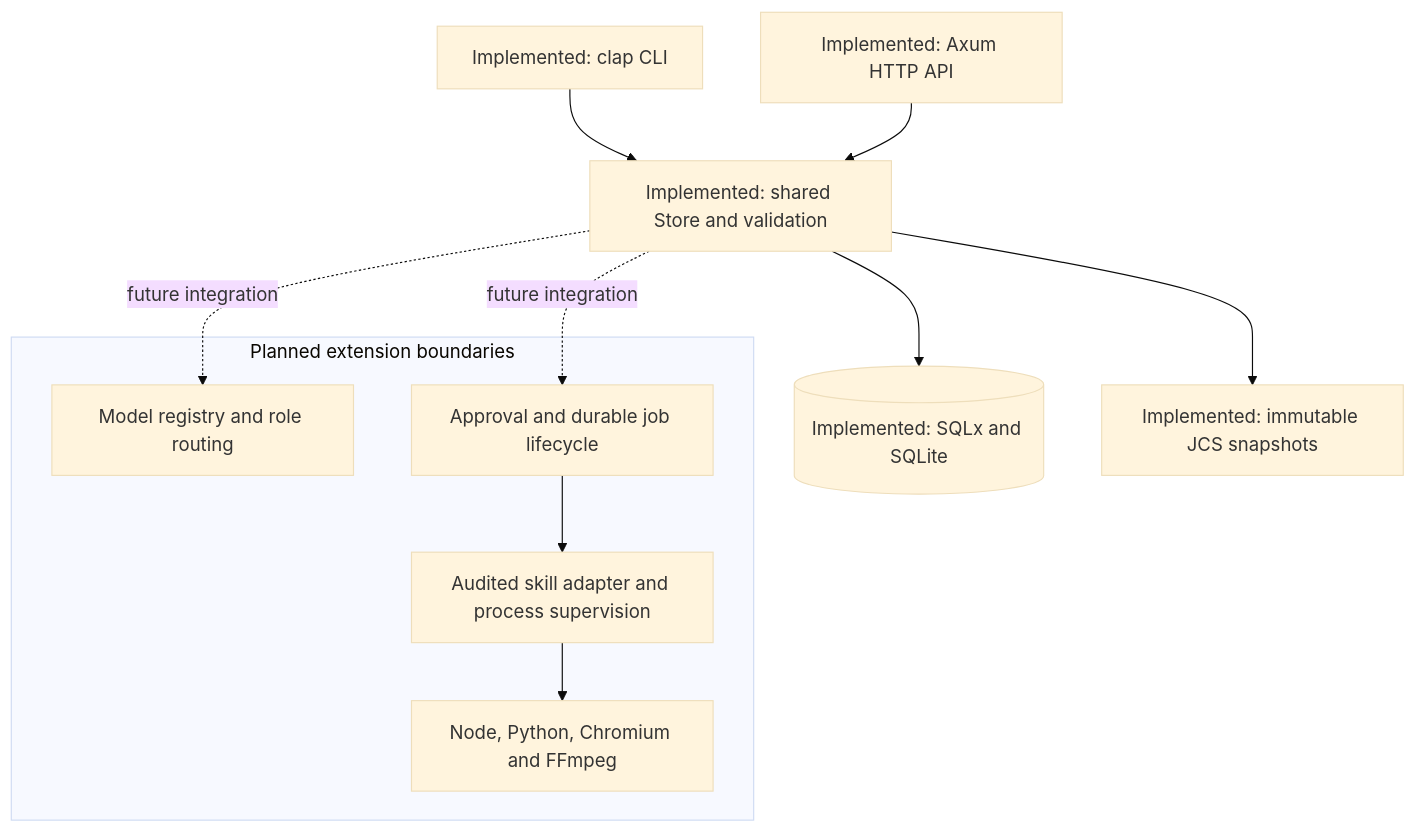
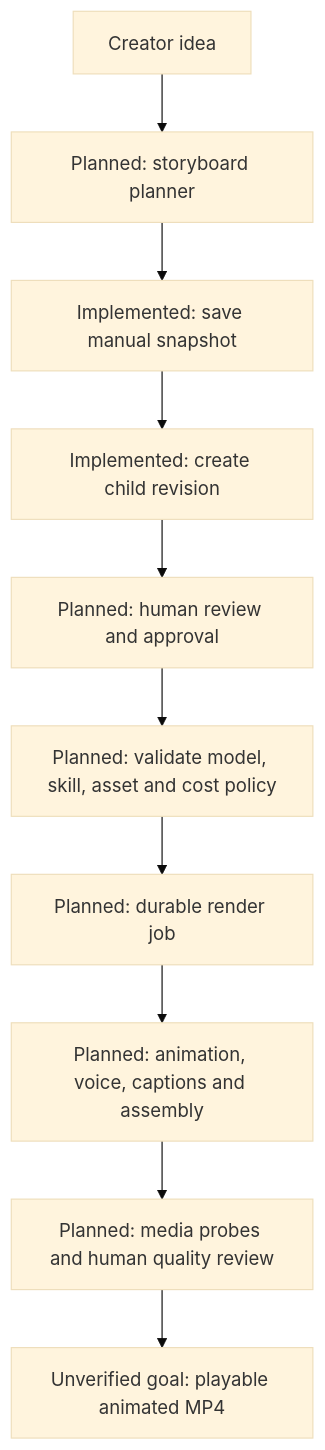
Before and after one commit to RahmatHadinata23758051/Scenivox: the fourth of 6 diagrams in README.md, drawn with Mermaid (base theme). The commit also changed other lines of this file and 14 other files, not shown here.

````diff
--- a/README.md
+++ b/README.md
@@ -113,17 +113,12 @@
 ```mermaid
 flowchart TD
-    CLI[Implemented: clap CLI] --> Store[Implemented: shared Store and validation]
-    HTTP[Implemented: Axum HTTP API] --> Store
-    Store --> DB[(Implemented: SQLx and SQLite)]
-    Store --> Snapshots[Implemented: immutable JCS snapshots]
-    subgraph Future[Planned extension boundaries]
-        Registry[Model registry and role routing]
-        Jobs[Approval and durable job lifecycle]
-        Runner[Audited skill adapter and process supervision]
-        Media[Node, Python, Chromium and FFmpeg]
-    end
-    Store -. future integration .-> Registry
-    Store -. future integration .-> Jobs
-    Jobs --> Runner
-    Runner --> Media
+    IDEA[Creator idea] --> PLAN[Planned: storyboard planner]
+    PLAN --> SAVE[Implemented: save manual snapshot]
+    SAVE --> EDIT[Implemented: create child revision]
+    EDIT --> REVIEW[Planned: human review and approval]
+    REVIEW --> MODEL[Planned: validate model, skill, asset and cost policy]
+    MODEL --> JOB[Planned: durable render job]
+    JOB --> PIPE[Planned: animation, voice, captions and assembly]
+    PIPE --> QA[Planned: media probes and human quality review]
+    QA --> MP4[Unverified goal: playable animated MP4]
 ```
````
